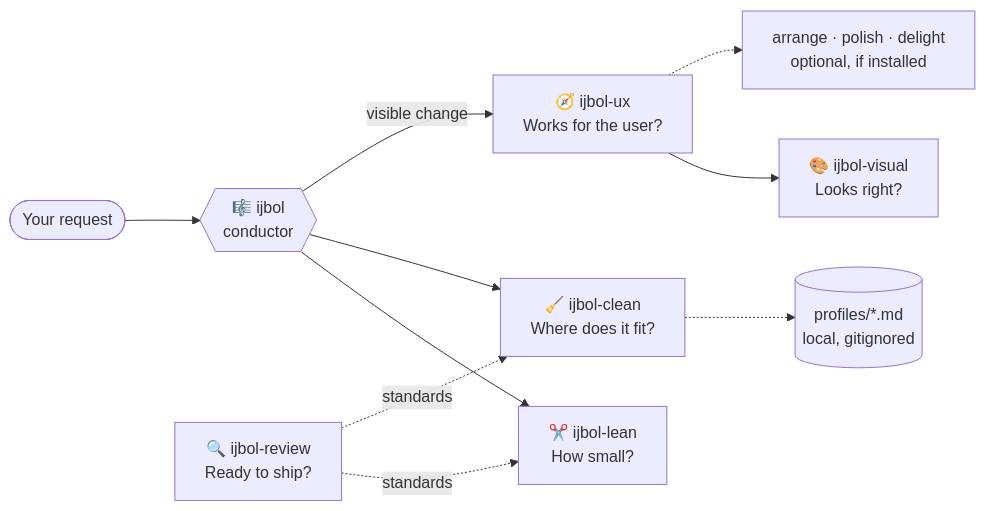
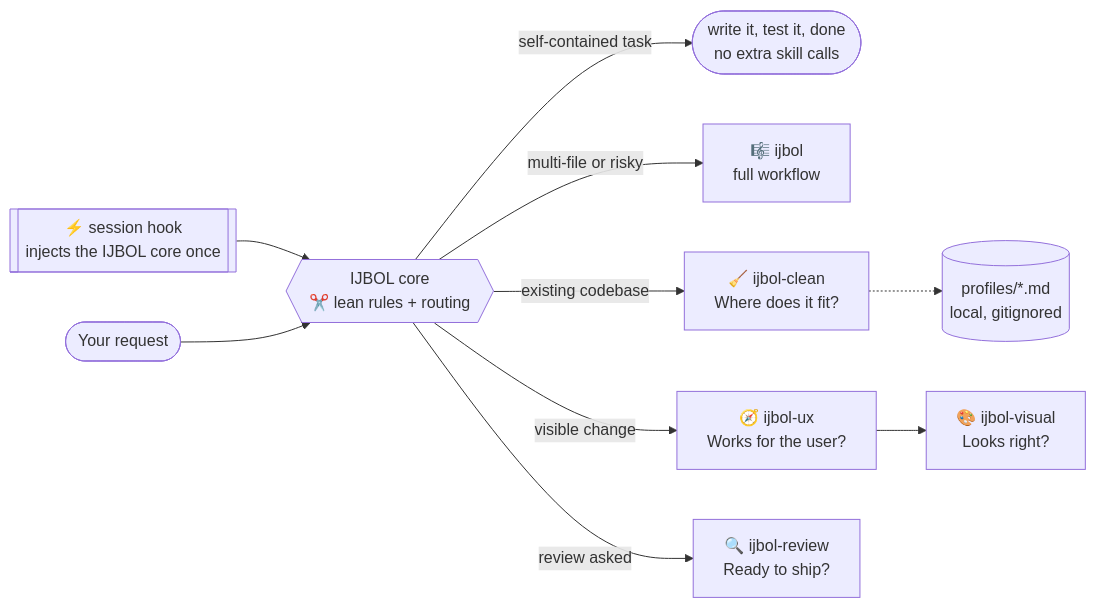
Before and after one commit to froilansam/ijbol: the first of 4 diagrams in README.md, drawn with Mermaid. The commit also changed other lines of this file and 7 other files, not shown here.

First line of the commit message:
Inject IJBOL core once via SessionStart hook; rerun benchmark

````diff
--- a/README.md
+++ b/README.md
@@ -32,12 +32,12 @@
 ```mermaid
 flowchart LR
-    req([Your request]) --> ijbol{{"🎼 ijbol<br/>conductor"}}
-    ijbol --> lean["✂️ ijbol-lean<br/>How small?"]
-    ijbol --> clean["🧹 ijbol-clean<br/>Where does it fit?"]
+    hook[["⚡ session hook<br/>injects the IJBOL core once"]] --> core{{"IJBOL core<br/>✂️ lean rules + routing"}}
+    req([Your request]) --> core
+    core -- "self-contained task" --> ship(["write it, test it, done<br/>no extra skill calls"])
+    core -- "multi-file or risky" --> ijbol["🎼 ijbol<br/>full workflow"]
+    core -- "existing codebase" --> clean["🧹 ijbol-clean<br/>Where does it fit?"]
     clean -.-> prof[("profiles/*.md<br/>local, gitignored")]
-    ijbol -- visible change --> ux["🧭 ijbol-ux<br/>Works for the user?"]
+    core -- "visible change" --> ux["🧭 ijbol-ux<br/>Works for the user?"]
     ux --> visual["🎨 ijbol-visual<br/>Looks right?"]
-    ux -.-> opt["arrange · polish · delight<br/>optional, if installed"]
-    rev["🔍 ijbol-review<br/>Ready to ship?"] -. standards .-> lean
-    rev -. standards .-> clean
+    core -- "review asked" --> rev["🔍 ijbol-review<br/>Ready to ship?"]
 ```
````
